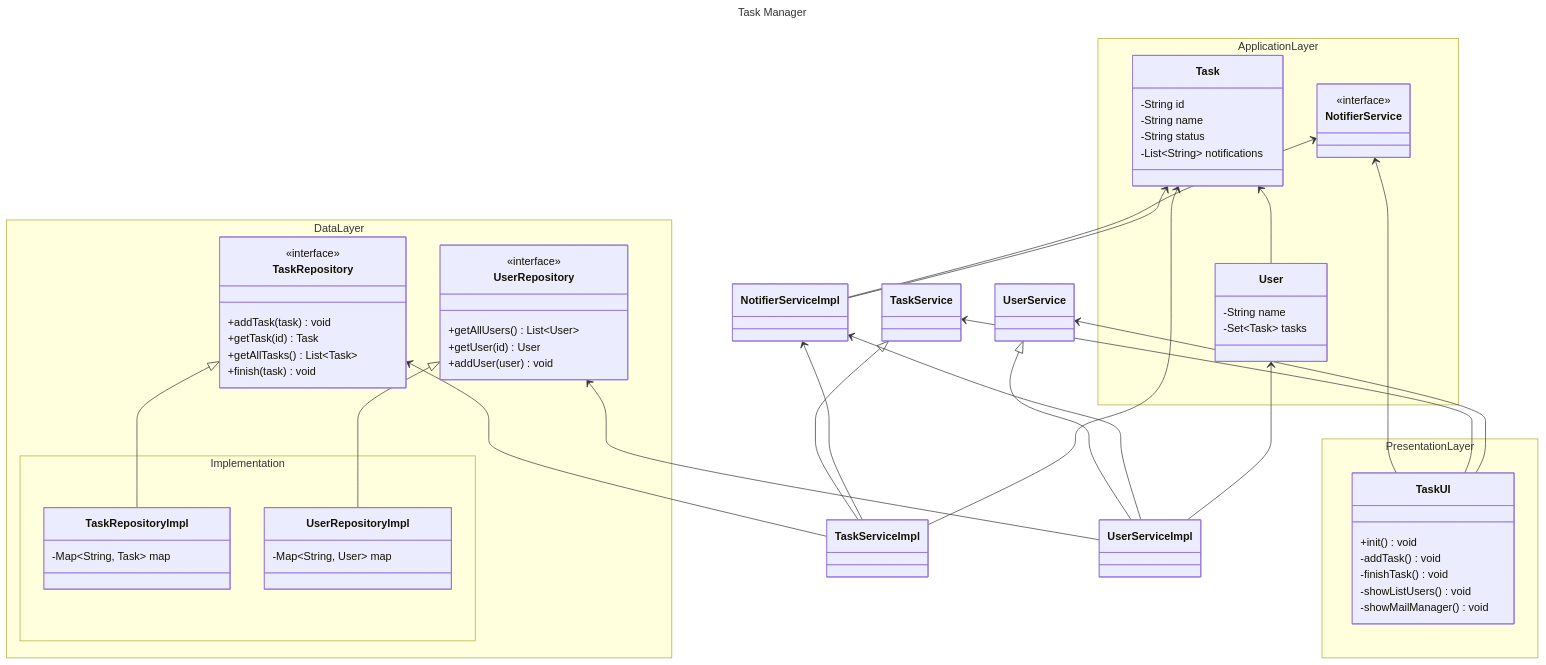
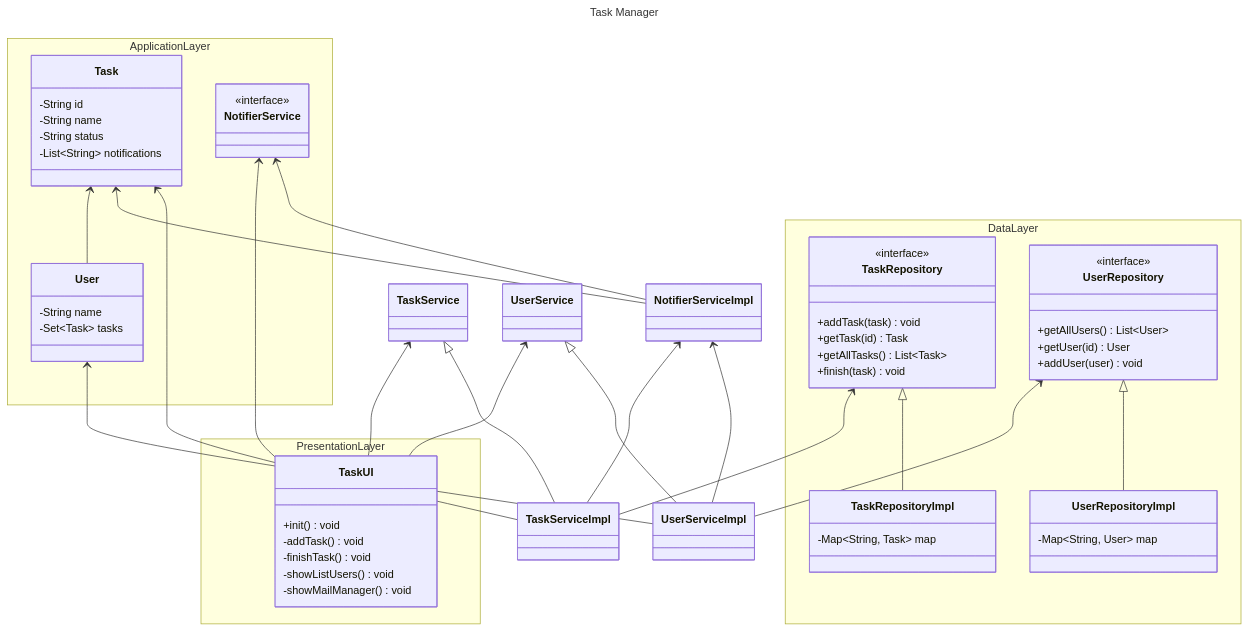
Before and after one commit to alexalvarezz123/TaskManager: the third of 3 diagrams in README.md, drawn with Mermaid.

````diff
--- a/README.md
+++ b/README.md
@@ -151,78 +151,77 @@
 ```mermaid
 ---
 title: Task Manager
 ---
 classDiagram
 	namespace ApplicationLayer {
 	    class Task{
 	    	-String id
 	    	-String name
 	    	-String status
 	    	-List~String~ notifications
 	    }
 	    class User{
 	    	-String name
 	    	-Set~Task~ tasks
 	    }
 	    class NotifierService{
 	    	<<interface>> 
 	
 	    }
 	}
 	namespace DataLayer {
 		class TaskRepository {
 			<<interface>>
 			+addTask(task) void
 			+getTask(id) Task
 			+getAllTasks() List~Task~
 			+finish(task) void 
 		}
 		class UserRepository {
 			<<interface>>
 			+getAllUsers() List~User~
 			+getUser(id) User
 			+addUser(user) void
 		}
-		namespace Implementation {
-			class TaskRepositoryImpl {
-				-Map~String, Task~ map
-			}
-			class UserRepositoryImpl {
-				-Map~String, User~ map
-			}
+		
+		class TaskRepositoryImpl {
+			-Map~String, Task~ map
+		}
+		class UserRepositoryImpl {
+			-Map~String, User~ map
 		}
 	}
 	namespace PresentationLayer {
 		class TaskUI {
 			+init() void
 			-addTask() void
 			-finishTask() void
 			-showListUsers() void
 			-showMailManager() void
 		}
 	}
 
     NotifierService <-- TaskUI
     TaskService <-- TaskUI
     UserService <-- TaskUI
 
     NotifierService <-- NotifierServiceImpl
     TaskService <|-- TaskServiceImpl
     UserService <|-- UserServiceImpl
 
     TaskRepository <-- TaskServiceImpl
     UserRepository <-- UserServiceImpl
 
     TaskRepository <|-- TaskRepositoryImpl
     UserRepository <|-- UserRepositoryImpl
 
     NotifierServiceImpl <-- TaskServiceImpl
     NotifierServiceImpl <-- UserServiceImpl
 
     Task <-- User
 
     Task <-- NotifierServiceImpl
     Task <-- TaskServiceImpl
     User <-- UserServiceImpl
 
 ```
````
